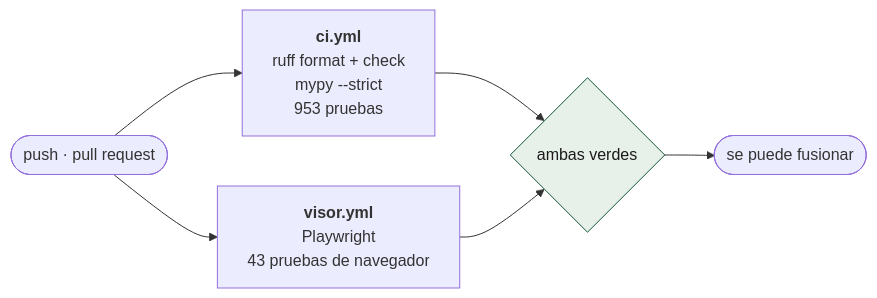
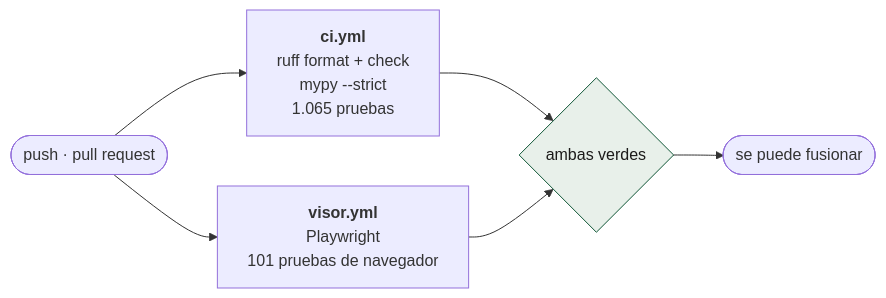
One commit to sforero77/CENTINELA changed the third of 3 diagrams in docs/acciones/mantenimiento.md. Above: the diagram before and after it, drawn with Mermaid. The commit also changed 12 other files, not shown here.

````diff
--- a/docs/acciones/mantenimiento.md
+++ b/docs/acciones/mantenimiento.md
@@ -112,10 +112,10 @@
 ```mermaid
 flowchart LR
-  PR(["push · pull request"]) --> CI["<b>ci.yml</b><br/>ruff format + check<br/>mypy --strict<br/>953 pruebas"]
-  PR --> VIS["<b>visor.yml</b><br/>Playwright<br/>43 pruebas de navegador"]
+  PR(["push · pull request"]) --> CI["<b>ci.yml</b><br/>ruff format + check<br/>mypy --strict<br/>1.065 pruebas"]
+  PR --> VIS["<b>visor.yml</b><br/>Playwright<br/>101 pruebas de navegador"]
   CI --> M{"ambas verdes"}
   VIS --> M
   M --> MERGE(["se puede fusionar"])
 
   style M fill:#e8f0ea,stroke:#0f5636,color:#1c1b1a
 ```
````
